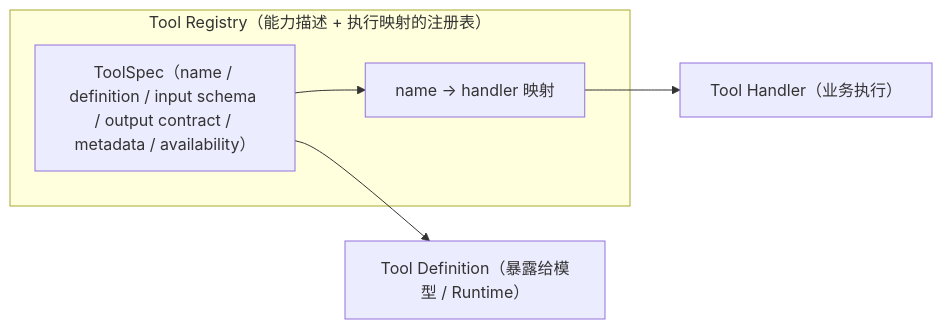
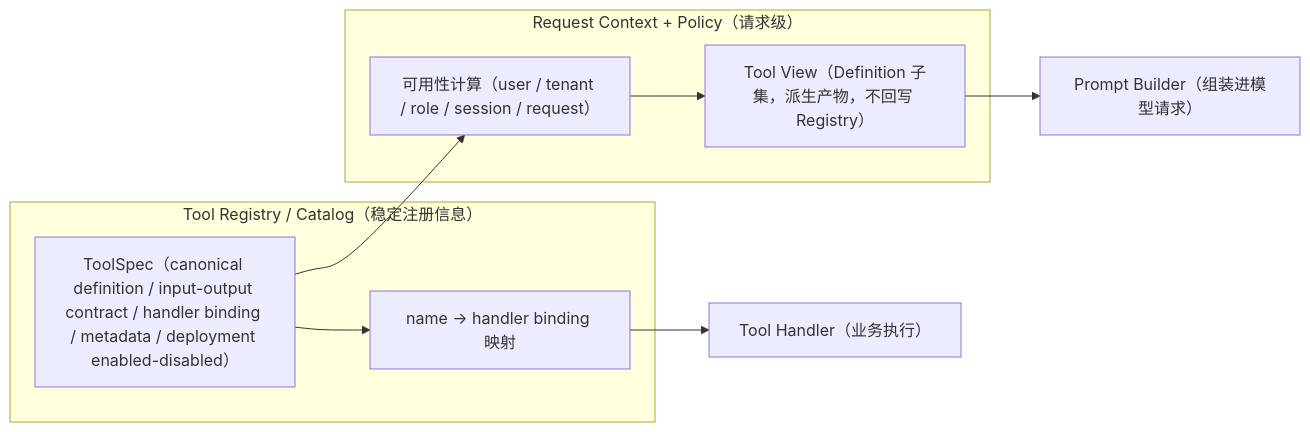
The first of 5 diagrams in docs/02-agent-runtime/ch05-tool-registry.md (AnRun-M/enterprise-ai-agent-handbook), drawn with Mermaid before and after one commit. The commit also changed other lines of this file, not shown here.

Commit message:
docs: refine tool registry runtime boundaries

````diff
--- a/docs/02-agent-runtime/ch05-tool-registry.md
+++ b/docs/02-agent-runtime/ch05-tool-registry.md
@@ -45,10 +55,16 @@
 ```mermaid
 flowchart LR
-    subgraph REG["Tool Registry（能力描述 + 执行映射的注册表）"]
-        SPEC["ToolSpec（name / definition / input schema / output contract / metadata / availability）"]
-        MAP["name → handler 映射"]
+    subgraph REG["Tool Registry / Catalog（稳定注册信息）"]
+        SPEC["ToolSpec（canonical definition / input-output contract / handler binding / metadata / deployment enabled-disabled）"]
+        MAP["name → handler binding 映射"]
+    end
+    subgraph REQ["Request Context + Policy（请求级）"]
+        AV["可用性计算（user / tenant / role / session / request）"]
+        VIEW["Tool View（Definition 子集，派生产物，不回写 Registry）"]
     end
     SPEC --> MAP
     MAP --> H["Tool Handler（业务执行）"]
-    SPEC --> D["Tool Definition（暴露给模型 / Runtime）"]
+    SPEC --> AV
+    AV --> VIEW
+    VIEW --> B["Prompt Builder（组装进模型请求）"]
 ```
````
